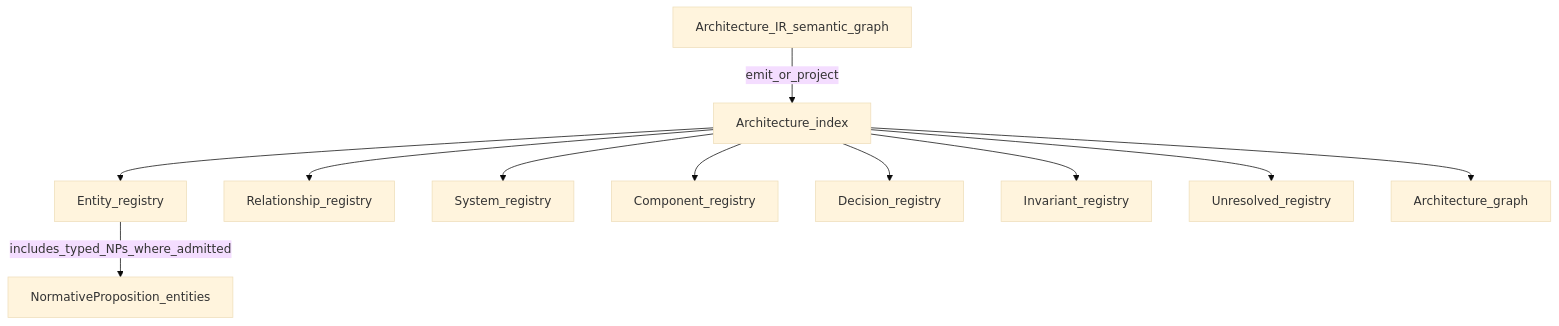
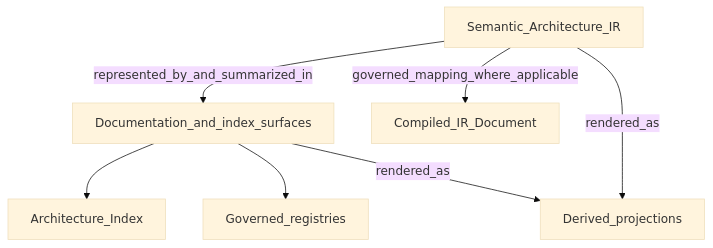
One commit to egallmann/ste-handbook changed the diagram in 04-architecture-model/04-07-ir-as-a-graph.md. Above: the diagram before and after it, drawn with Mermaid (base theme). The commit also changed other lines of this file and 4 other files, not shown here.

First line of the commit message:
docs(part4): reconcile semantic surfaces with adr-kit 0.12

````diff
--- a/04-architecture-model/04-07-ir-as-a-graph.md
+++ b/04-architecture-model/04-07-ir-as-a-graph.md
@@ -33,15 +47,15 @@
 ```mermaid
 flowchart TB
-  IR[Architecture_IR_semantic_graph]
-  IDX[Architecture_index]
-  IR -->|"emit_or_project"| IDX
-  IDX --> ENT[Entity_registry]
-  IDX --> REL[Relationship_registry]
-  IDX --> SYS[System_registry]
-  IDX --> CMP[Component_registry]
-  IDX --> DEC[Decision_registry]
-  IDX --> INV[Invariant_registry]
-  IDX --> UNR[Unresolved_registry]
-  IDX --> GRA[Architecture_graph]
-  ENT -->|"includes_typed_NPs_where_admitted"| NP[NormativeProposition_entities]
+  IR[Semantic_Architecture_IR]
+  DOC[Documentation_and_index_surfaces]
+  IDX[Architecture_Index]
+  REG[Governed_registries]
+  COMP[Compiled_IR_Document]
+  PROJ[Derived_projections]
+  IR -->|"represented_by_and_summarized_in"| DOC
+  DOC --> IDX
+  DOC --> REG
+  IR -->|"governed_mapping_where_applicable"| COMP
+  IR -->|"rendered_as"| PROJ
+  DOC -->|"rendered_as"| PROJ
 ```
````
